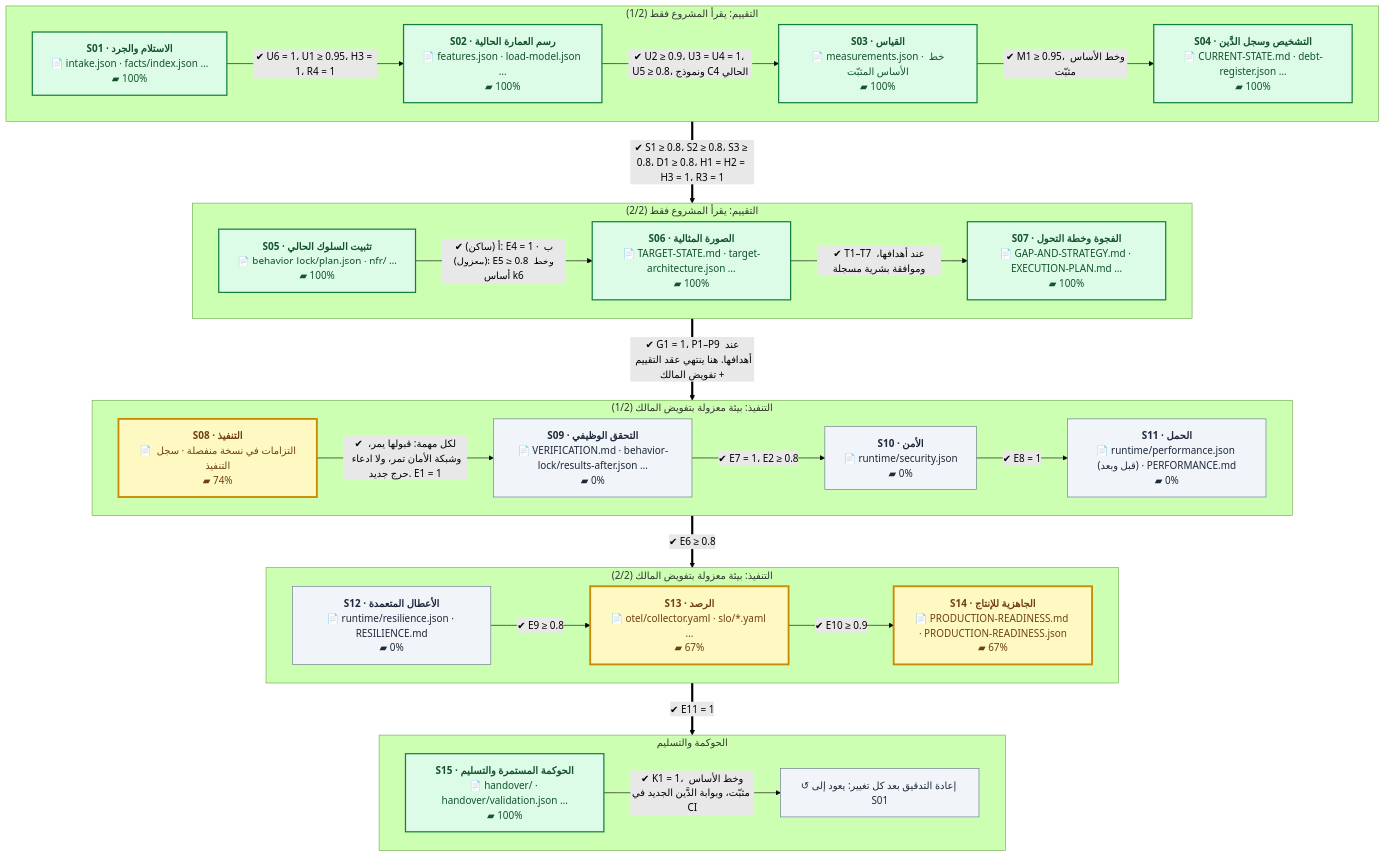
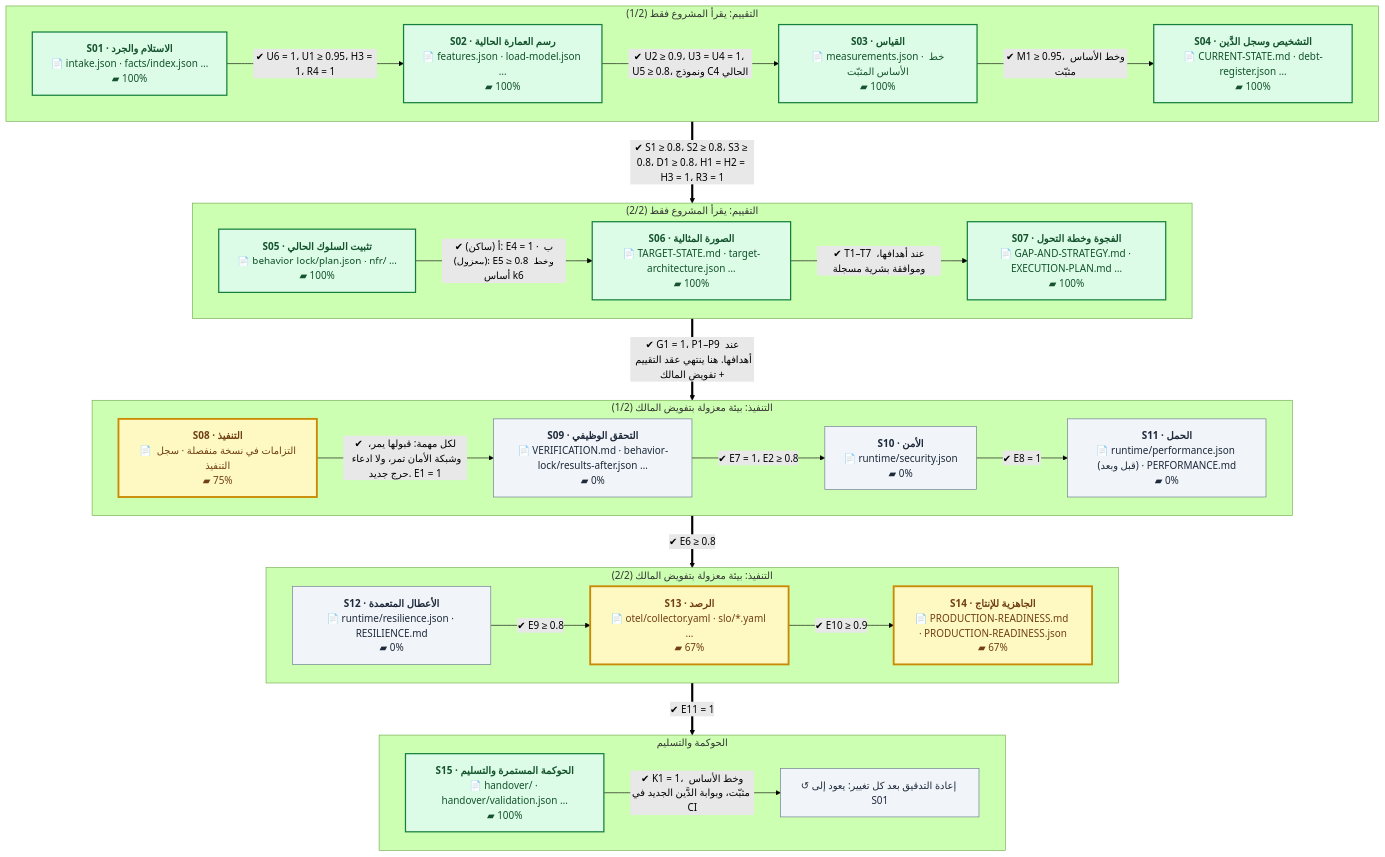
One commit to eom1417/engineering-audit-os changed the first of 2 diagrams in README.md. Above: the diagram before and after it, drawn with Mermaid (forest theme). The commit also changed other lines of this file and 4 other files, not shown here.

````diff
--- a/README.md
+++ b/README.md
@@ -52,54 +52,54 @@
 ```mermaid
 %%{init: {'flowchart': {'wrappingWidth': 260, 'nodeSpacing': 40, 'rankSpacing': 60}}}%%
 flowchart TB
     subgraph P1["التقييم: يقرأ المشروع فقط (1/2)"]
         direction LR
         S01["<b>S01 · الاستلام والجرد</b><br/>📄 intake.json · facts/index.json …<br/>▰ 100%"]:::done
         S02["<b>S02 · رسم العمارة الحالية</b><br/>📄 features.json · load-model.json …<br/>▰ 100%"]:::done
         S03["<b>S03 · القياس</b><br/>📄 measurements.json · خط الأساس المثبّت<br/>▰ 100%"]:::done
         S04["<b>S04 · التشخيص وسجل الدَّين</b><br/>📄 CURRENT-STATE.md · debt-register.json …<br/>▰ 100%"]:::done
         S01 -->|"✔ U6 = 1، U1 ≥ 0.95، H3 = 1، R4 = 1"| S02
         S02 -->|"✔ U2 ≥ 0.9، U3 = U4 = 1، U5 ≥ 0.8، ونموذج C4 الحالي"| S03
         S03 -->|"✔ M1 ≥ 0.95، وخط الأساس مثبّت"| S04
     end
     subgraph P2["التقييم: يقرأ المشروع فقط (2/2)"]
         direction LR
         S05["<b>S05 · تثبيت السلوك الحالي</b><br/>📄 behavior-lock/plan.json · nfr/ …<br/>▰ 100%"]:::done
         S06["<b>S06 · الصورة المثالية</b><br/>📄 TARGET-STATE.md · target-architecture.json …<br/>▰ 100%"]:::done
         S07["<b>S07 · الفجوة وخطة التحول</b><br/>📄 GAP-AND-STRATEGY.md · EXECUTION-PLAN.md …<br/>▰ 100%"]:::done
         S05 -->|"✔ أ (ساكن): E4 = 1 · ب (معزول): E5 ≥ 0.8 وخط أساس k6"| S06
         S06 -->|"✔ T1–T7 عند أهدافها، وموافقة بشرية مسجلة"| S07
     end
     subgraph P3["التنفيذ: بيئة معزولة بتفويض المالك (1/2)"]
         direction LR
-        S08["<b>S08 · التنفيذ</b><br/>📄 التزامات في نسخة منفصلة · سجل التنفيذ<br/>▰ 74%"]:::current
+        S08["<b>S08 · التنفيذ</b><br/>📄 التزامات في نسخة منفصلة · سجل التنفيذ<br/>▰ 75%"]:::current
         S09["<b>S09 · التحقق الوظيفي</b><br/>📄 VERIFICATION.md · behavior-lock/results-after.json …<br/>▰ 0%"]:::next
         S10["<b>S10 · الأمن</b><br/>📄 runtime/security.json<br/>▰ 0%"]:::next
         S11["<b>S11 · الحمل</b><br/>📄 runtime/performance.json (قبل وبعد) · PERFORMANCE.md<br/>▰ 0%"]:::next
         S08 -->|"✔ لكل مهمة: قبولها يمر، وشبكة الأمان تمر، ولا ادعاء حرج جديد. E1 = 1"| S09
         S09 -->|"✔ E7 = 1، E2 ≥ 0.8"| S10
         S10 -->|"✔ E8 = 1"| S11
     end
     subgraph P4["التنفيذ: بيئة معزولة بتفويض المالك (2/2)"]
         direction LR
         S12["<b>S12 · الأعطال المتعمدة</b><br/>📄 runtime/resilience.json · RESILIENCE.md<br/>▰ 0%"]:::next
         S13["<b>S13 · الرصد</b><br/>📄 otel/collector.yaml · slo/*.yaml …<br/>▰ 67%"]:::current
         S14["<b>S14 · الجاهزية للإنتاج</b><br/>📄 PRODUCTION-READINESS.md · PRODUCTION-READINESS.json<br/>▰ 67%"]:::current
         S12 -->|"✔ E9 ≥ 0.8"| S13
         S13 -->|"✔ E10 ≥ 0.9"| S14
     end
     subgraph P5["الحوكمة والتسليم"]
         direction LR
         S15["<b>S15 · الحوكمة المستمرة والتسليم</b><br/>📄 handover/ · handover/validation.json …<br/>▰ 100%"]:::done
         LOOP["↺ إعادة التدقيق بعد كل تغيير: يعود إلى S01"]:::next
         S15 -->|"✔ K1 = 1، وخط الأساس مثبّت، وبوابة الدَّين الجديد في CI"| LOOP
     end
     P1 ==>|"✔ S1 ≥ 0.8، S2 ≥ 0.8، S3 ≥ 0.8، D1 ≥ 0.8، H1 = H2 = H3 = 1، R3 = 1"| P2
     P2 ==>|"✔ G1 = 1، P1–P9 عند أهدافها. هنا ينتهي عقد التقييم + تفويض المالك"| P3
     P3 ==>|"✔ E6 ≥ 0.8"| P4
     P4 ==>|"✔ E11 = 1"| P5
     classDef done fill:#dcfce7,stroke:#15803d,color:#14532d,stroke-width:2px
     classDef current fill:#fef9c3,stroke:#ca8a04,color:#713f12,stroke-width:3px
     classDef next fill:#f1f5f9,stroke:#64748b,color:#1e293b
     classDef owner fill:#fee2e2,stroke:#b91c1c,color:#7f1d1d,stroke-dasharray:5 3
 ```
````
